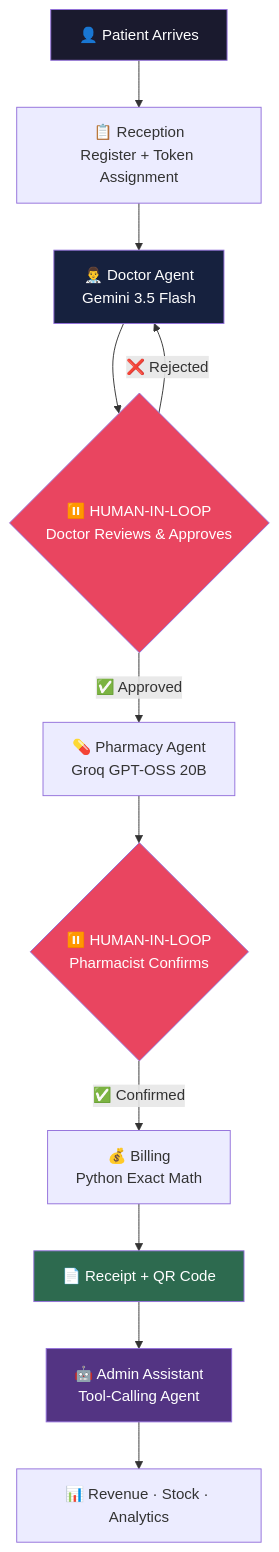
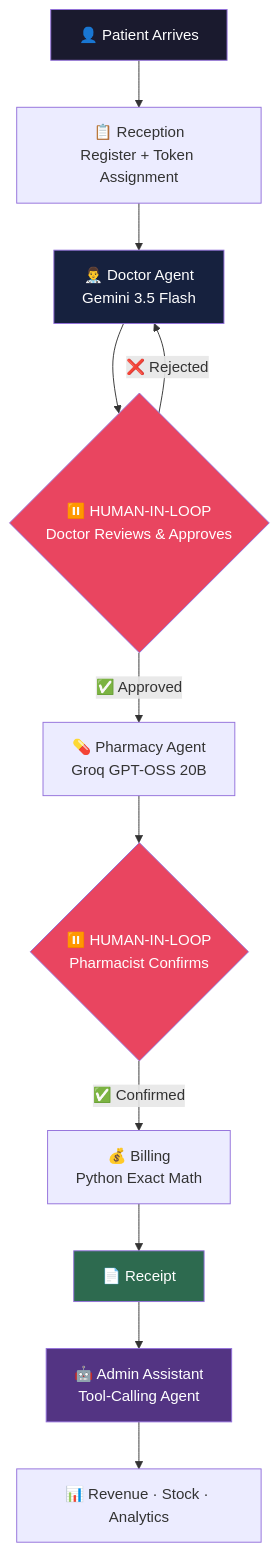
Before and after one commit to Joyeljames/hms_ai: the first of 2 diagrams in README.md, drawn with Mermaid. The commit also changed other lines of this file, not shown here.

````diff
--- a/README.md
+++ b/README.md
@@ -68,20 +88,20 @@
 ```mermaid
 flowchart TD
-    A[👤 Patient Arrives] --> B[📋 Reception\nRegister + Token Assignment]
-    B --> C[👨‍⚕️ Doctor Agent\nGemini 3.5 Flash]
-    C --> D{⏸️ HUMAN-IN-LOOP\nDoctor Reviews & Approves}
+    A[👤 Patient Arrives] --> B[📋 Reception<br/>Register + Token Assignment]
+    B --> C[👨‍⚕️ Doctor Agent<br/>Gemini 3.5 Flash]
+    C --> D{⏸️ HUMAN-IN-LOOP<br/>Doctor Reviews & Approves}
     D -->|❌ Rejected| C
-    D -->|✅ Approved| E[💊 Pharmacy Agent\nGroq GPT-OSS 20B]
-    E --> F{⏸️ HUMAN-IN-LOOP\nPharmacist Confirms}
-    F -->|✅ Confirmed| G[💰 Billing\nPython Exact Math]
-    G --> H[📄 Receipt + QR Code]
-    H --> I[🤖 Admin Assistant\nTool-Calling Agent]
+    D -->|✅ Approved| E[💊 Pharmacy Agent<br/>Groq GPT-OSS 20B]
+    E --> F{⏸️ HUMAN-IN-LOOP<br/>Pharmacist Confirms}
+    F -->|✅ Confirmed| G[💰 Billing<br/>Python Exact Math]
+    G --> H[📄 Receipt]
+    H --> I[🤖 Admin Assistant<br/>Tool-Calling Agent]
     I --> J[📊 Revenue · Stock · Analytics]
 
     style A fill:#1a1a2e,color:#fff
     style C fill:#16213e,color:#fff
     style D fill:#e94560,color:#fff
     style F fill:#e94560,color:#fff
     style H fill:#2d6a4f,color:#fff
     style I fill:#533483,color:#fff
 ```
````
